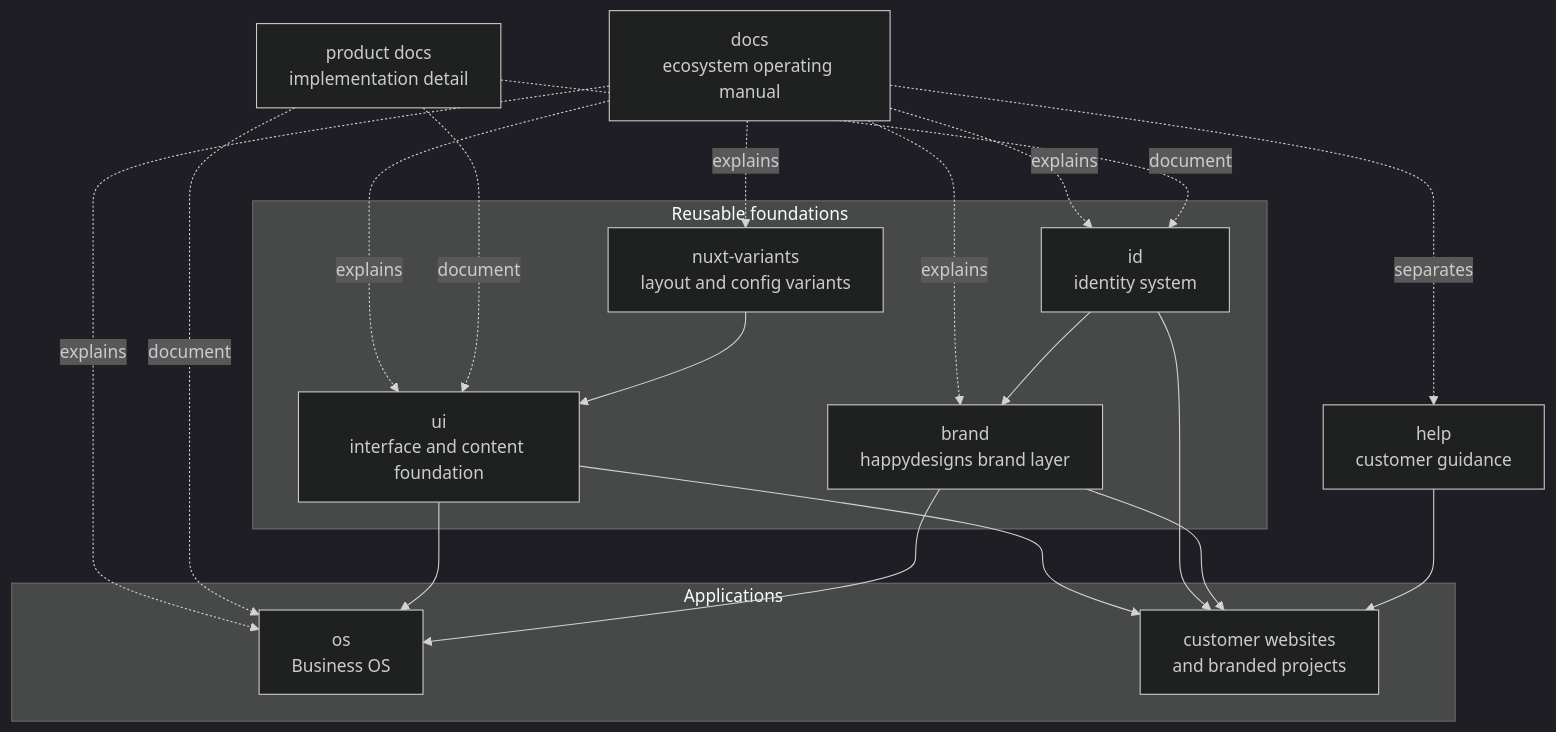
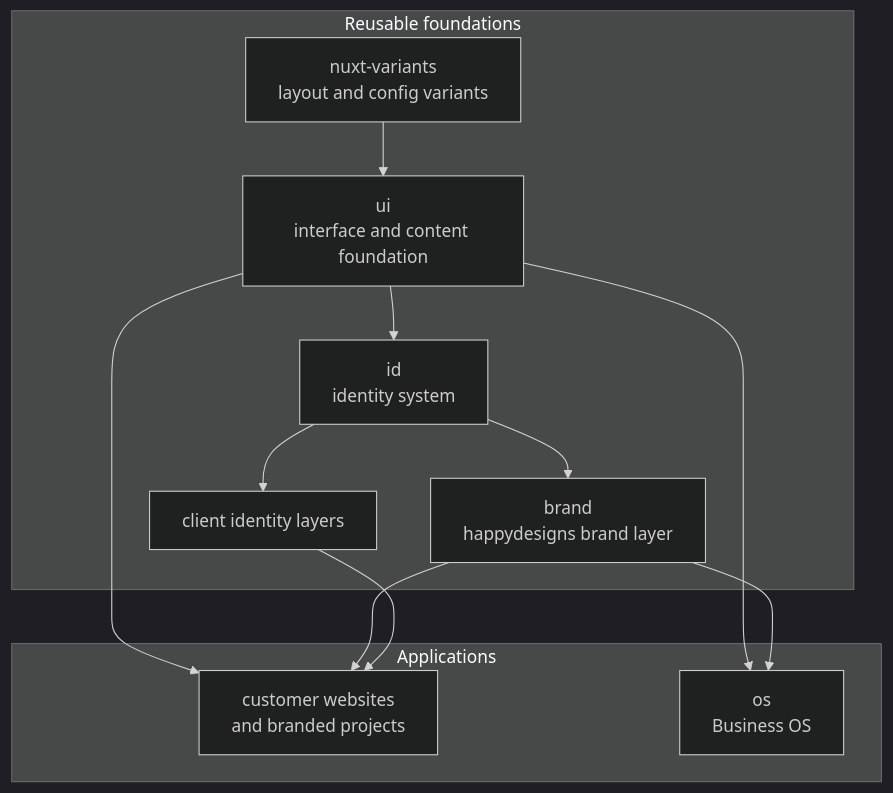
Before and after one commit to happydesigns/docs: the diagram in content/en/1.start/1.operating-model.md, drawn with Mermaid (dark theme). The commit also changed other lines of this file, not shown here.

Commit message:
docs: simplify operating model diagram

````diff
--- a/content/en/1.start/1.operating-model.md
+++ b/content/en/1.start/1.operating-model.md
@@ -27,33 +27,20 @@
 ```mermaid
 flowchart TD
-  Docs["docs<br/>ecosystem operating manual"] -. explains .-> UI
-  Docs -. explains .-> ID
-  Docs -. explains .-> Brand
-  Docs -. explains .-> Variants
-  Docs -. explains .-> OS
-  Docs -. separates .-> Help["help<br/>customer guidance"]
-  ProductDocs["product docs<br/>implementation detail"] -. document .-> UI
-  ProductDocs -. document .-> ID
-  ProductDocs -. document .-> OS
-
   subgraph Foundations["Reusable foundations"]
-    UI["ui<br/>interface and content foundation"]
-    ID["id<br/>identity system"]
-    Brand["brand<br/>happydesigns brand layer"]
-    Variants["nuxt-variants<br/>layout and config variants"]
+    Variants["nuxt-variants<br/>layout and config variants"] --> UI["ui<br/>interface and content foundation"]
+    UI --> ID["id<br/>identity system"]
+    ID --> Brand["brand<br/>happydesigns brand layer"]
+    ID --> ClientIdentity["client identity layers"]
   end
 
   subgraph Applications["Applications"]
     Sites["customer websites<br/>and branded projects"]
     OS["os<br/>Business OS"]
   end
 
-  Variants --> UI
   UI --> Sites
   UI --> OS
-  ID --> Brand
-  ID --> Sites
   Brand --> Sites
   Brand --> OS
-  Help --> Sites
+  ClientIdentity --> Sites
 ```
````
